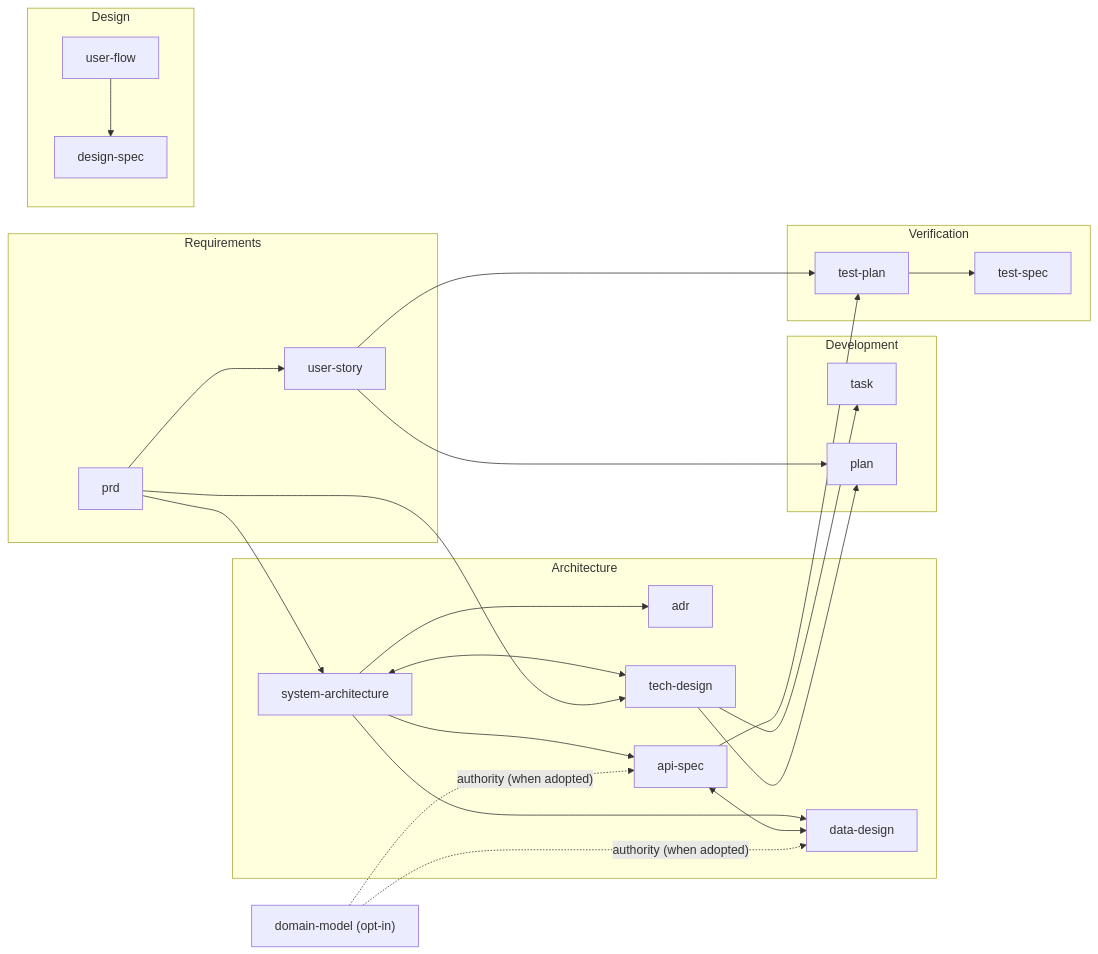
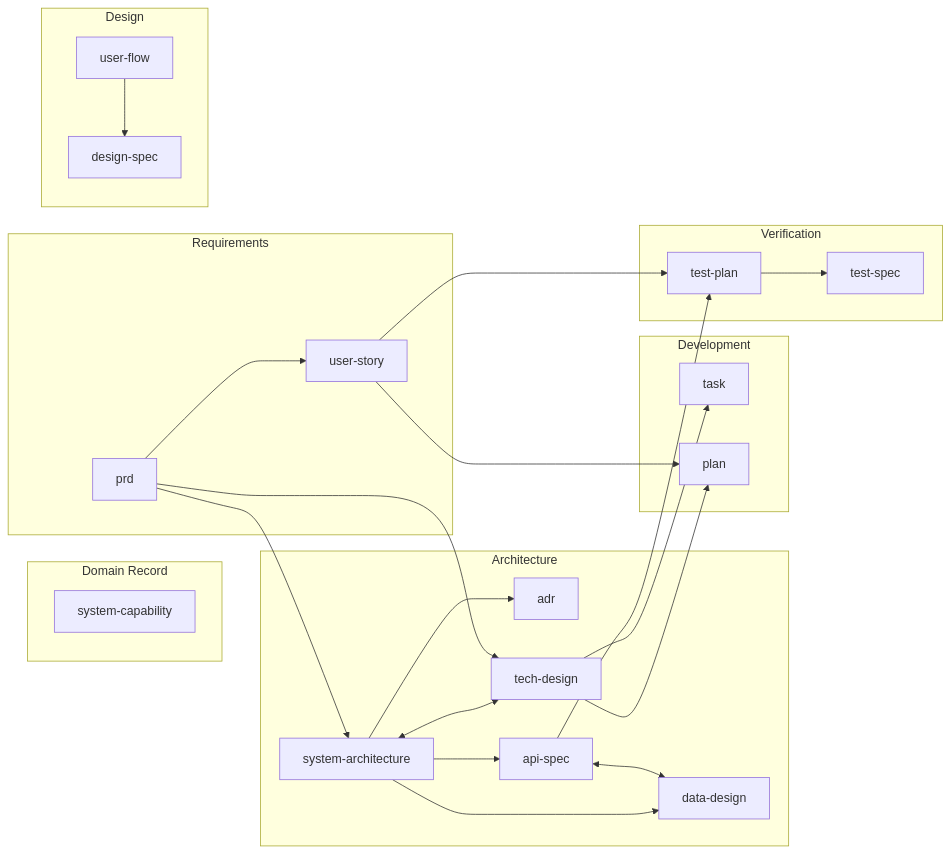
Before and after one commit to clitetailor/artifact-driven-development: the third of 3 diagrams in reference/artifact-dep-graph.md, drawn with Mermaid. The commit also changed other lines of this file and 5 other files, not shown here.

First line of the commit message:
Make system-capability the shipped default domain-record

````diff
--- a/reference/artifact-dep-graph.md
+++ b/reference/artifact-dep-graph.md
@@ -96,34 +103,35 @@
 ```mermaid
 graph LR
+    subgraph DR[Domain Record]
+        SC["system-capability"]
+    end
     subgraph REQ[Requirements]
         ROOT["prd"] --> STORY[user-story]
     end
     subgraph DES[Design]
         UF[user-flow] --> DS[design-spec]
     end
     subgraph ARC[Architecture]
         SA[system-architecture] --> ADR[adr]
         SA --> API[api-spec]
         SA --> DD[data-design]
         API <--> DD
         SA <--> TD[tech-design]
     end
     subgraph DEV[Development]
         TD --> TASK[task]
         TD --> PLAN["plan"]
         STORY --> PLAN
     end
     subgraph VER[Verification]
         TP[test-plan] --> TS[test-spec]
     end
 
     ROOT --> SA
     ROOT --> TD
     STORY --> TP
     API --> TP
 
-    %% Domain-record (opt-in via domain_record:) — conditional edges
-    DM["domain-model (opt-in)"]
-    DM -.->|"authority (when adopted)"| DD
-    DM -.->|"authority (when adopted)"| API
+    %% Domain-record (shipped default: system-capability) — no creation-order prerequisites,
+    %% no upstream-authority edges over other artifacts
 ```
````
